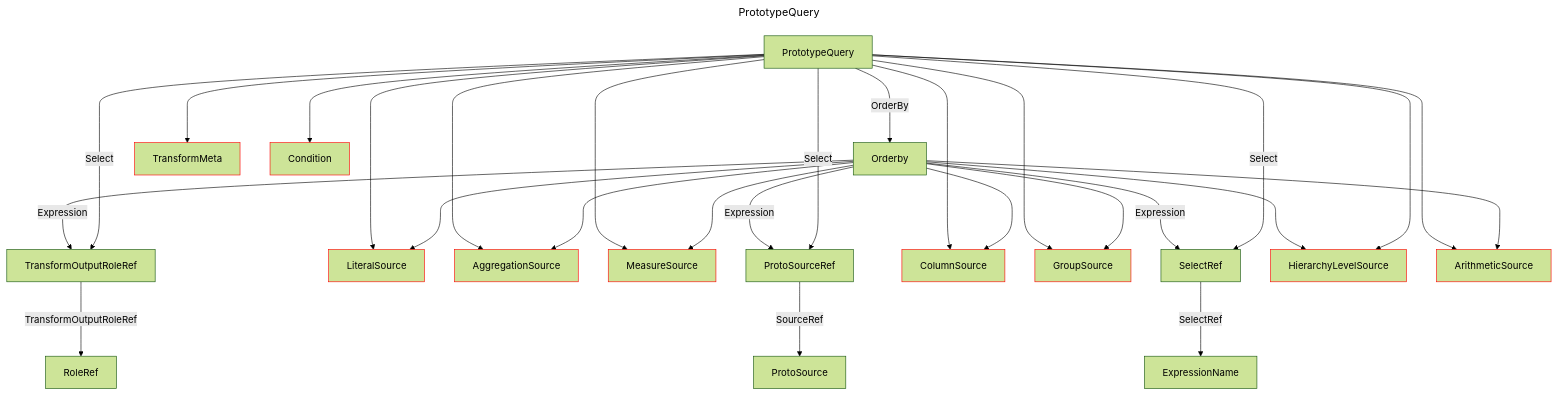
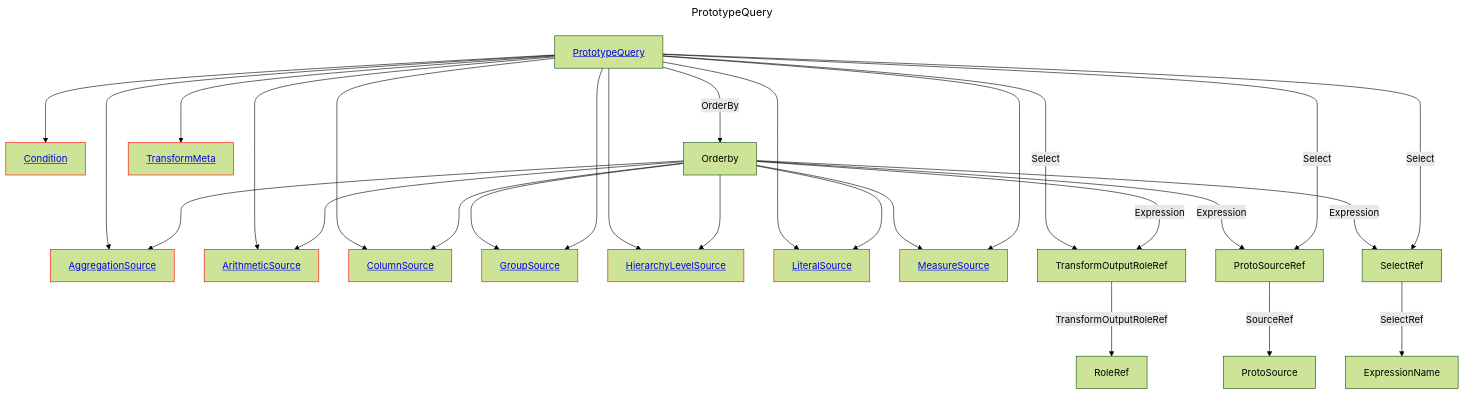
Before and after one commit to douglassimonsen/pbi_core: the diagram in docs/docs/layout/erd/PrototypeQuery.md, drawn with Mermaid (forest theme). The commit also changed 76 other files, not shown here.

````diff
--- a/docs/docs/layout/erd/PrototypeQuery.md
+++ b/docs/docs/layout/erd/PrototypeQuery.md
@@ -1,58 +1,58 @@
 ```mermaid
 ---
 title: PrototypeQuery
 ---
 graph 
-2430071820688["RoleRef"]
-2430071951472["PrototypeQuery"]
-2430071814832["TransformOutputRoleRef"]
-2430071816784["LiteralSource"]
-style 2430071816784 stroke:#ff0000,stroke-width:1px
-2430071943664["Orderby"]
-2430071366800["ExpressionName"]
-2430071949520["TransformMeta"]
-style 2430071949520 stroke:#ff0000,stroke-width:1px
-2430071358016["AggregationSource"]
-style 2430071358016 stroke:#ff0000,stroke-width:1px
-2430071359968["MeasureSource"]
-style 2430071359968 stroke:#ff0000,stroke-width:1px
-2430071825568["ProtoSourceRef"]
-2430071365824["ColumnSource"]
-style 2430071365824 stroke:#ff0000,stroke-width:1px
-2430071808976["GroupSource"]
-style 2430071808976 stroke:#ff0000,stroke-width:1px
-2430071356064["SelectRef"]
-2430071819712["ProtoSource"]
-2430071882176["Condition"]
-style 2430071882176 stroke:#ff0000,stroke-width:1px
-2430071363872["HierarchyLevelSource"]
-style 2430071363872 stroke:#ff0000,stroke-width:1px
-2430071382416["ArithmeticSource"]
-style 2430071382416 stroke:#ff0000,stroke-width:1px
-2430071943664 ---> 2430071363872
-2430071951472 ---> 2430071363872
-2430071951472 ---> 2430071882176
-2430071951472 ---> 2430071816784
-2430071951472 ---> 2430071365824
-2430071825568 --->|SourceRef| 2430071819712
-2430071951472 ---> 2430071382416
-2430071814832 --->|TransformOutputRoleRef| 2430071820688
-2430071951472 ---> 2430071359968
-2430071951472 ---> 2430071358016
-2430071943664 --->|Expression| 2430071814832
-2430071943664 ---> 2430071365824
-2430071943664 --->|Expression| 2430071825568
-2430071356064 --->|SelectRef| 2430071366800
-2430071951472 --->|OrderBy| 2430071943664
-2430071951472 ---> 2430071949520
-2430071951472 --->|Select| 2430071825568
-2430071943664 ---> 2430071358016
-2430071943664 --->|Expression| 2430071356064
-2430071943664 ---> 2430071359968
-2430071951472 --->|Select| 2430071814832
-2430071951472 --->|Select| 2430071356064
-2430071951472 ---> 2430071808976
-2430071943664 ---> 2430071382416
-2430071943664 ---> 2430071808976
-2430071943664 ---> 2430071816784
+AggregationSource[<a href='/layout/erd/AggregationSource'>AggregationSource</a>]
+style AggregationSource stroke:#ff0000,stroke-width:1px
+ArithmeticSource[<a href='/layout/erd/ArithmeticSource'>ArithmeticSource</a>]
+style ArithmeticSource stroke:#ff0000,stroke-width:1px
+ColumnSource[<a href='/layout/erd/ColumnSource'>ColumnSource</a>]
+style ColumnSource stroke:#ff0000,stroke-width:1px
+Condition[<a href='/layout/erd/Condition'>Condition</a>]
+style Condition stroke:#ff0000,stroke-width:1px
+ExpressionName[ExpressionName]
+GroupSource[<a href='/layout/erd/GroupSource'>GroupSource</a>]
+style GroupSource stroke:#ff0000,stroke-width:1px
+HierarchyLevelSource[<a href='/layout/erd/HierarchyLevelSource'>HierarchyLevelSource</a>]
+style HierarchyLevelSource stroke:#ff0000,stroke-width:1px
+LiteralSource[<a href='/layout/erd/LiteralSource'>LiteralSource</a>]
+style LiteralSource stroke:#ff0000,stroke-width:1px
+MeasureSource[<a href='/layout/erd/MeasureSource'>MeasureSource</a>]
+style MeasureSource stroke:#ff0000,stroke-width:1px
+Orderby[Orderby]
+ProtoSource[ProtoSource]
+ProtoSourceRef[ProtoSourceRef]
+PrototypeQuery[<a href='/layout/erd/PrototypeQuery'>PrototypeQuery</a>]
+RoleRef[RoleRef]
+SelectRef[SelectRef]
+TransformMeta[<a href='/layout/erd/TransformMeta'>TransformMeta</a>]
+style TransformMeta stroke:#ff0000,stroke-width:1px
+TransformOutputRoleRef[TransformOutputRoleRef]
+PrototypeQuery ---> Condition
+Orderby ---> AggregationSource
+PrototypeQuery ---> AggregationSource
+PrototypeQuery ---> MeasureSource
+ProtoSourceRef --->|SourceRef| ProtoSource
+PrototypeQuery --->|OrderBy| Orderby
+PrototypeQuery --->|Select| ProtoSourceRef
+Orderby --->|Expression| TransformOutputRoleRef
+TransformOutputRoleRef --->|TransformOutputRoleRef| RoleRef
+PrototypeQuery --->|Select| SelectRef
+Orderby ---> HierarchyLevelSource
+PrototypeQuery ---> GroupSource
+Orderby ---> ColumnSource
+Orderby ---> LiteralSource
+Orderby ---> MeasureSource
+SelectRef --->|SelectRef| ExpressionName
+PrototypeQuery ---> LiteralSource
+PrototypeQuery --->|Select| TransformOutputRoleRef
+Orderby ---> ArithmeticSource
+Orderby --->|Expression| ProtoSourceRef
+PrototypeQuery ---> ColumnSource
+PrototypeQuery ---> HierarchyLevelSource
+Orderby --->|Expression| SelectRef
+PrototypeQuery ---> TransformMeta
+PrototypeQuery ---> ArithmeticSource
+Orderby ---> GroupSource
 ```
````
